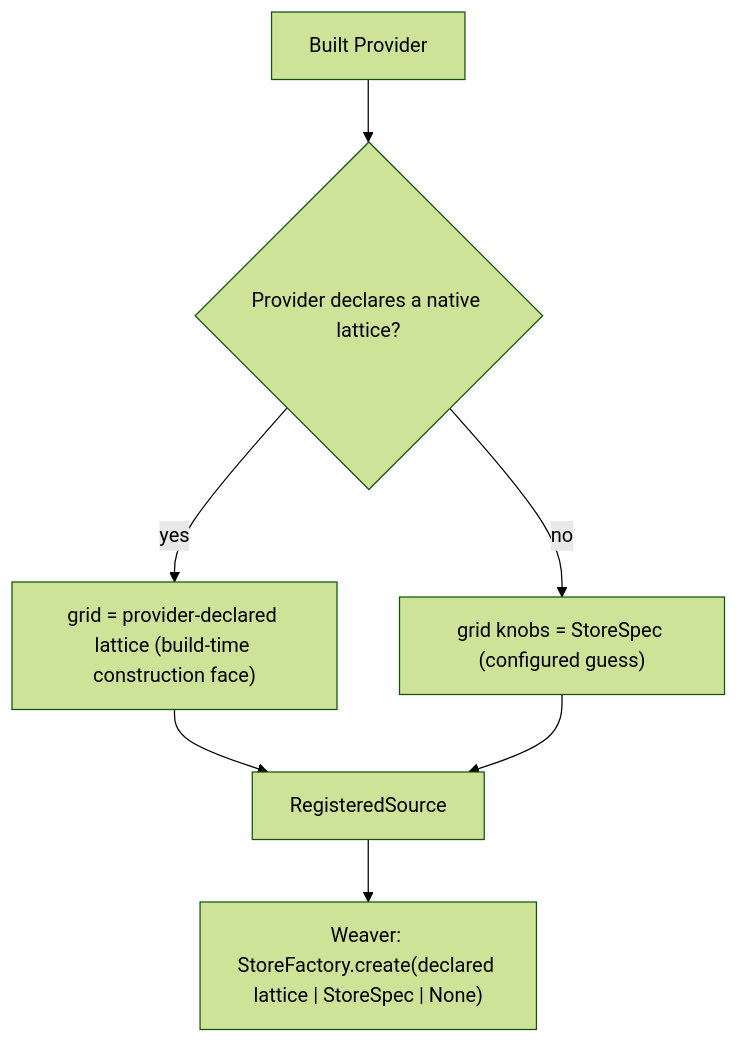
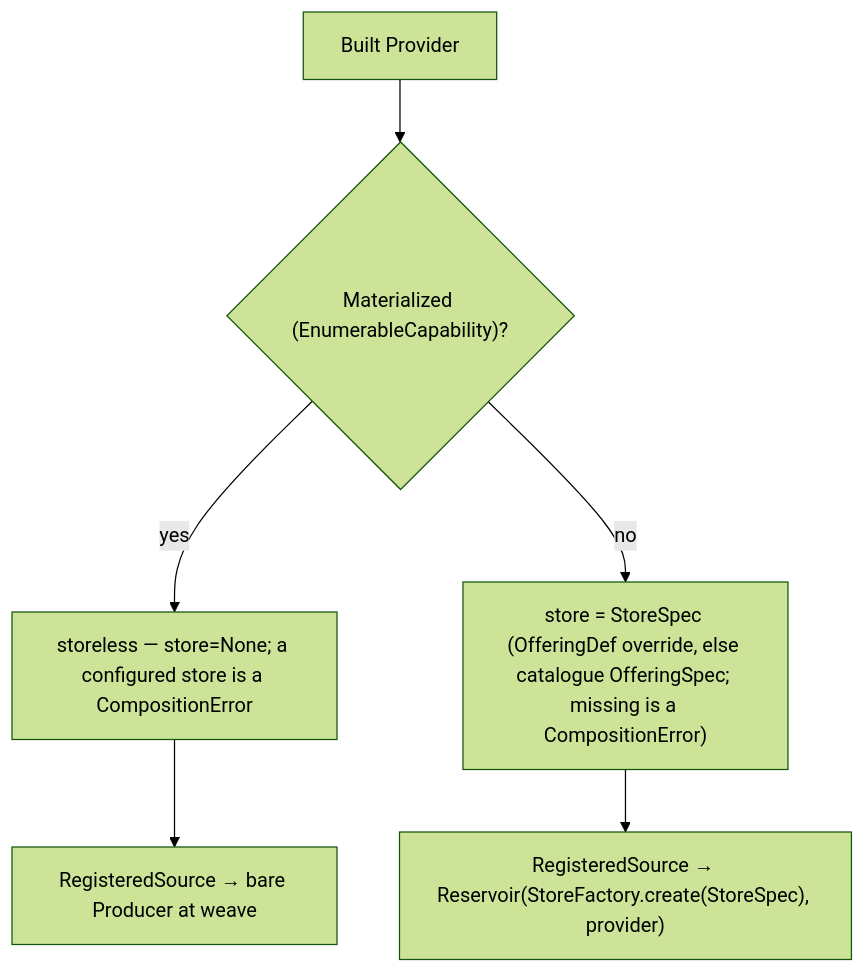
The fourth of 4 diagrams in docs/adr/0005-build-time-composition.md (dveyarangi/meteoscape), drawn with Mermaid (forest theme) before and after one commit. The commit also changed other lines of this file and 13 other files, not shown here.

First line of the commit message:
DOCS: m2 landed — construction face closed; ticket and RFC 0006 to done

````diff
--- a/docs/adr/0005-build-time-composition.md
+++ b/docs/adr/0005-build-time-composition.md
@@ -74,9 +74,8 @@
 ```mermaid
 flowchart TD
-  P[Built Provider] --> C{Provider declares a native lattice?}
-  C -->|yes| N["grid = provider-declared lattice (build-time construction face)"]
-  C -->|no| G["grid knobs = StoreSpec (configured guess)"]
-  N --> S[RegisteredSource]
-  G --> S
-  S --> W["Weaver: StoreFactory.create(declared lattice | StoreSpec | None)"]
+  P[Built Provider] --> C{"Materialized (EnumerableCapability)?"}
+  C -->|yes| N["storeless — store=None; a configured store is a CompositionError"]
+  C -->|no| G["store = StoreSpec (OfferingDef override, else catalogue OfferingSpec; missing is a CompositionError)"]
+  N --> S["RegisteredSource → bare Producer at weave"]
+  G --> S2["RegisteredSource → Reservoir(StoreFactory.create(StoreSpec), provider)"]
 ```
````
